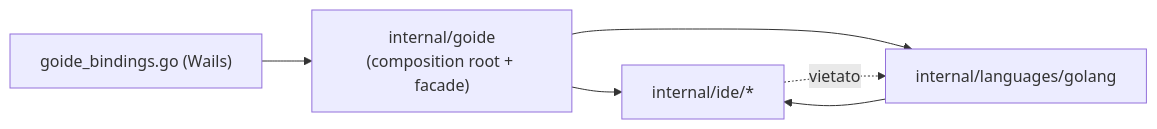
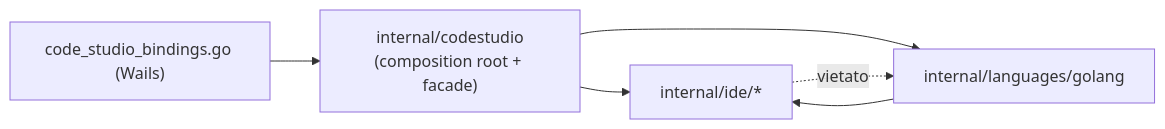
One commit to Andrea-Cavallo/adOmnia changed the second of 4 diagrams in docs/architecture/ide-multilanguage-refactor.md. Above: the diagram before and after it, drawn with Mermaid. The commit also changed other lines of this file and 710 other files, not shown here.

First line of the commit message:
refactor(ide): rename Go Studio backend, rail id, storage keys and docs to Code Studio

````diff
--- a/docs/architecture/ide-multilanguage-refactor.md
+++ b/docs/architecture/ide-multilanguage-refactor.md
@@ -226,8 +226,8 @@
 ```mermaid
 flowchart LR
-  host["internal/goide<br/>(composition root + facade)"] --> core["internal/ide/*"]
+  host["internal/codestudio<br/>(composition root + facade)"] --> core["internal/ide/*"]
   host --> golang["internal/languages/golang"]
   golang --> core
   core -. vietato .-> golang
-  bindings["goide_bindings.go (Wails)"] --> host
+  bindings["code_studio_bindings.go (Wails)"] --> host
 ```
````
